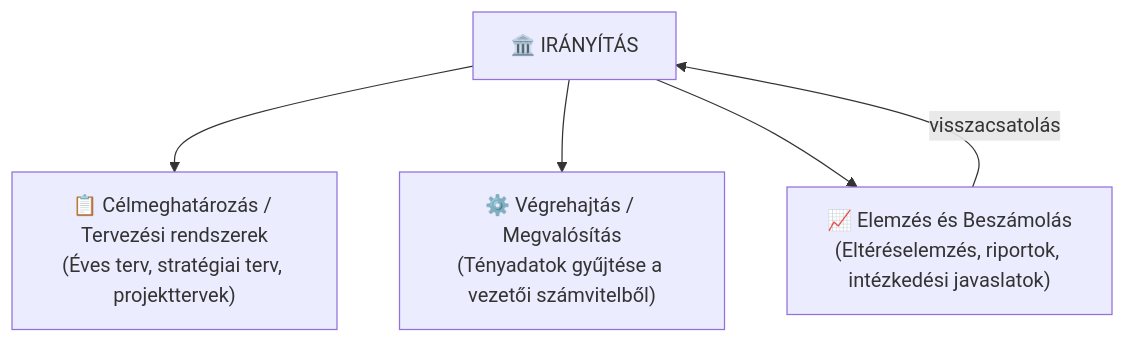
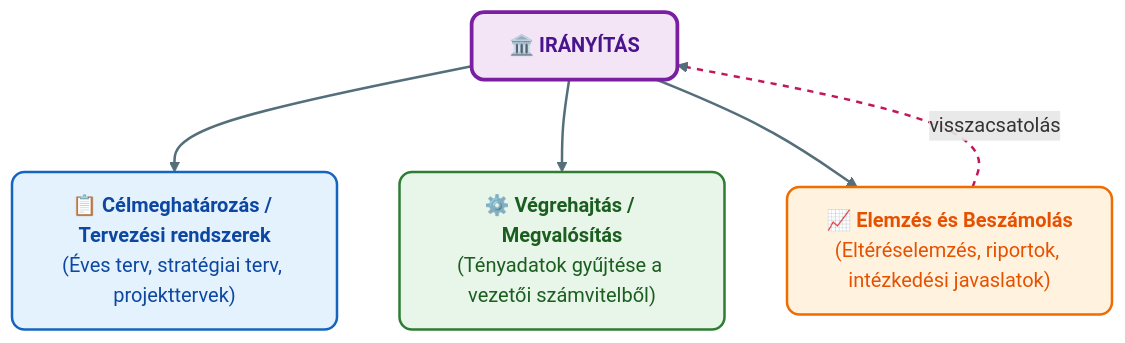
Before and after one commit to denespocsik/MM_BSC_Zarovizsga: the first of 2 diagrams in Tételek/K15-GIXVS2MBLF-Controlling információs rendszere.tétel.md, drawn with Mermaid. The commit also changed other lines of this file and 34 other files, not shown here.

First line of the commit message:
style(tételek): egységes vizuális arculat a Mermaid-diagramokhoz

````diff
--- a/Tételek/K15-GIXVS2MBLF-Controlling információs rendszere.tétel.md
+++ b/Tételek/K15-GIXVS2MBLF-Controlling információs rendszere.tétel.md
@@ -11,12 +11,20 @@
 ```mermaid
 flowchart TD
-    IR["🏛️ IRÁNYÍTÁS"]
-    T["📋 Célmeghatározás / Tervezési rendszerek<br/>(Éves terv, stratégiai terv, projekttervek)"]
-    V["⚙️ Végrehajtás / Megvalósítás<br/>(Tényadatok gyűjtése a vezetői számvitelből)"]
-    E["📈 Elemzés és Beszámolás<br/>(Eltéréselemzés, riportok, intézkedési javaslatok)"]
+    IR["🏛️ <b>IRÁNYÍTÁS</b>"]:::lilaH
+    T["📋 <b>Célmeghatározás / Tervezési rendszerek</b><br/>(Éves terv, stratégiai terv, projekttervek)"]:::kek
+    V["⚙️ <b>Végrehajtás / Megvalósítás</b><br/>(Tényadatok gyűjtése a vezetői számvitelből)"]:::zold
+    E["📈 <b>Elemzés és Beszámolás</b><br/>(Eltéréselemzés, riportok, intézkedési javaslatok)"]:::narancs
 
     IR --> T
     IR --> V
     IR --> E
     E -->|visszacsatolás| IR
+
+    classDef kek     fill:#e3f2fd,stroke:#1565c0,stroke-width:2px,color:#0d47a1,rx:10,ry:10;
+    classDef zold    fill:#e8f5e9,stroke:#2e7d32,stroke-width:2px,color:#1b5e20,rx:10,ry:10;
+    classDef narancs fill:#fff3e0,stroke:#ef6c00,stroke-width:2px,color:#e65100,rx:10,ry:10;
+    classDef lilaH   fill:#f3e5f5,stroke:#7b1fa2,stroke-width:3px,color:#4a148c,rx:10,ry:10;
+
+    linkStyle default stroke:#546e7a,stroke-width:2px;
+    linkStyle 3 stroke:#c2185b,stroke-width:2px,stroke-dasharray: 5 5;
 ```
````
